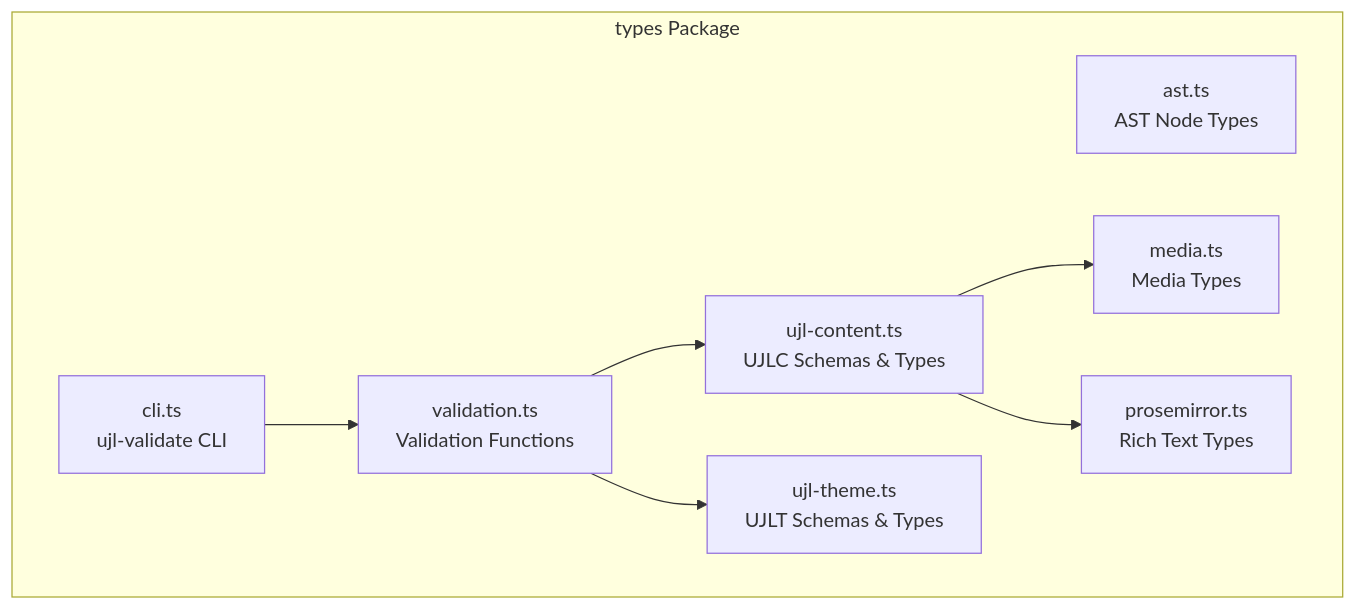
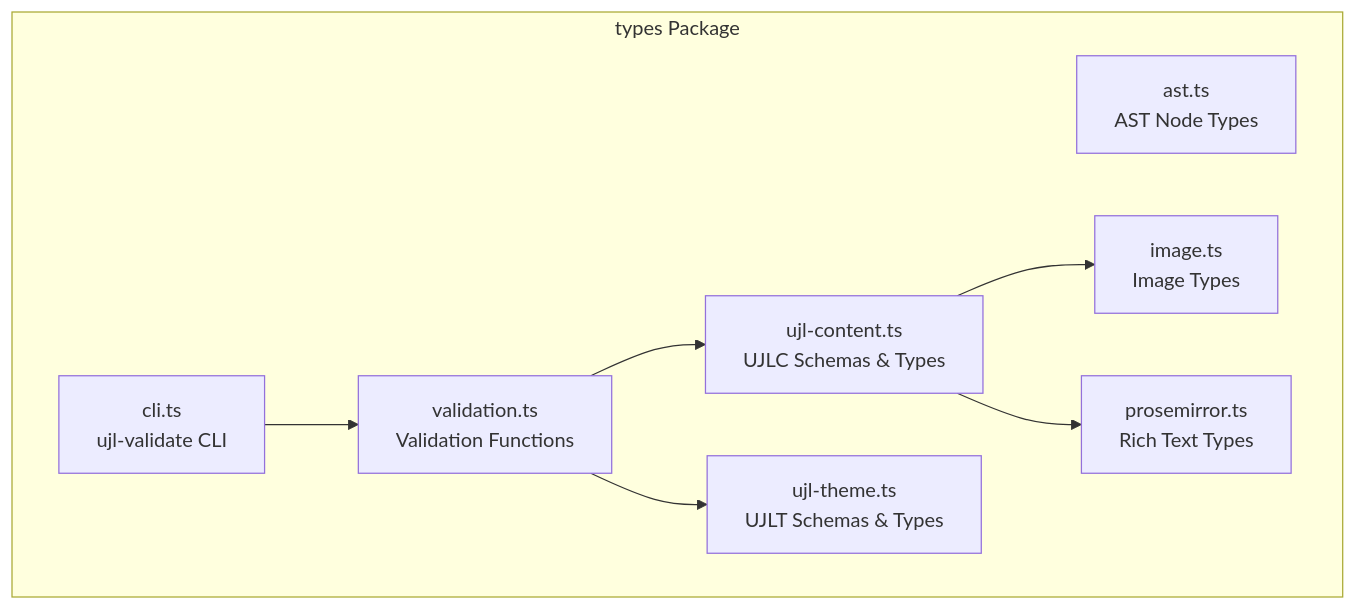
One commit to mainzcript/ujl changed the second of 8 diagrams in apps/docs/src/arc42/05-building-block-view.md. Above: the diagram before and after it, drawn with Mermaid. The commit also changed other lines of this file and 21 other files, not shown here.

Commit message:
refactor: update documentation to rename media terminology to image, clarify storage modes, and enhance consistency across architecture sections, including examples and API references

````diff
--- a/apps/docs/src/arc42/05-building-block-view.md
+++ b/apps/docs/src/arc42/05-building-block-view.md
@@ -179,18 +179,18 @@
 ```mermaid
 graph TB
     subgraph "types Package"
         AST[ast.ts<br/>AST Node Types]
         UJLC[ujl-content.ts<br/>UJLC Schemas & Types]
         UJLT[ujl-theme.ts<br/>UJLT Schemas & Types]
-        Media[media.ts<br/>Media Types]
+        Image[image.ts<br/>Image Types]
         Prosemirror[prosemirror.ts<br/>Rich Text Types]
         Validation[validation.ts<br/>Validation Functions]
         CLI[cli.ts<br/>ujl-validate CLI]
     end
 
     CLI --> Validation
     Validation --> UJLC
     Validation --> UJLT
-    UJLC --> Media
+    UJLC --> Image
     UJLC --> Prosemirror
 ```
````
